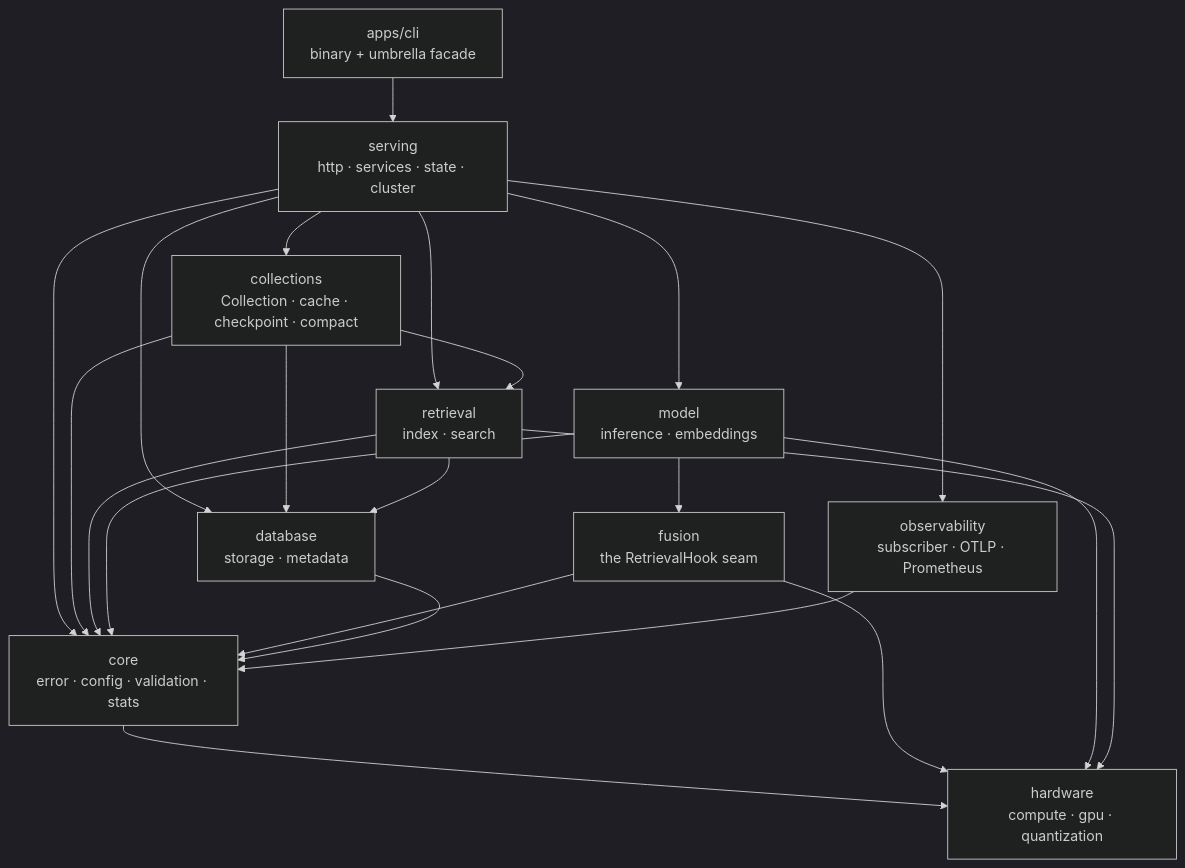
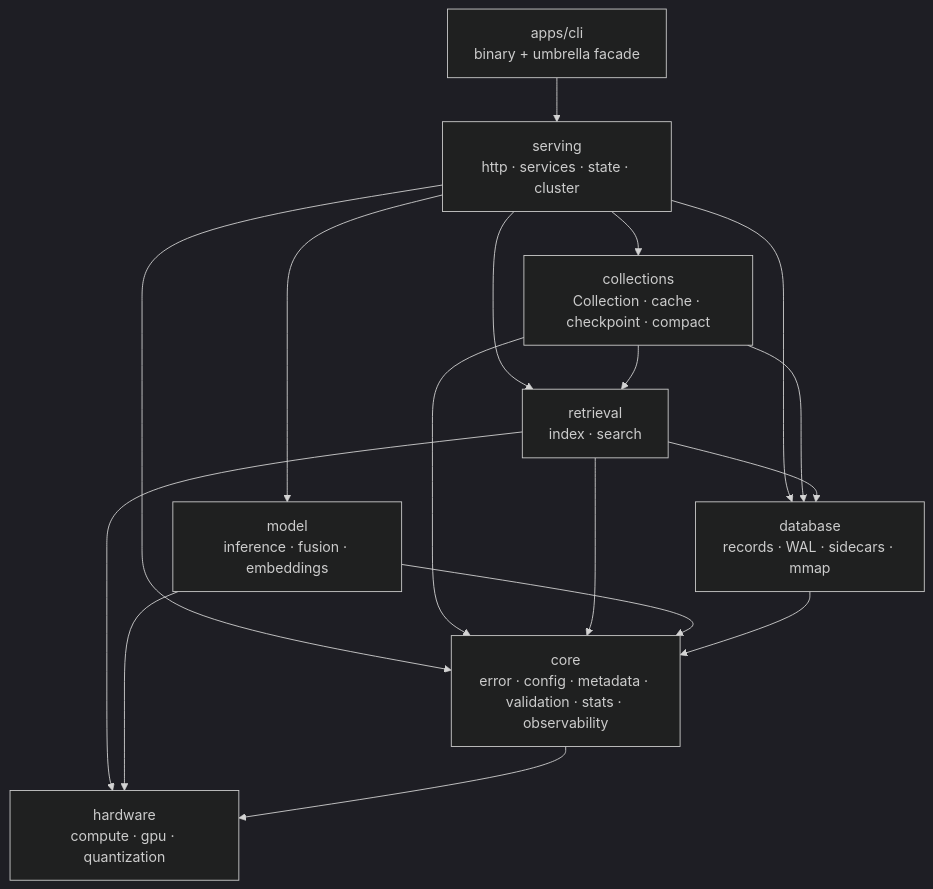
One commit to ashworks1706/Piramid changed the first of 3 diagrams in docs/ARCHITECTURE.md. Above: the diagram before and after it, drawn with Mermaid (dark theme). The commit also changed other lines of this file and 63 other files, not shown here.

First line of the commit message:
Fold fusion, observability, metadata and quantization into their owners

````diff
--- a/docs/ARCHITECTURE.md
+++ b/docs/ARCHITECTURE.md
@@ -80,35 +76,28 @@
 ```mermaid
 flowchart TD
     CLI[apps/cli<br/>binary + umbrella facade]
     Serving[serving<br/>http · services · state · cluster]
-    Model[model<br/>inference · embeddings]
-    Fusion[fusion<br/>the RetrievalHook seam]
+    Model[model<br/>inference · fusion · embeddings]
     Collections[collections<br/>Collection · cache · checkpoint · compact]
     Retrieval[retrieval<br/>index · search]
-    Database[database<br/>storage · metadata]
-    Core[core<br/>error · config · validation · stats]
-    Observability[observability<br/>subscriber · OTLP · Prometheus]
+    Database[database<br/>records · WAL · sidecars · mmap]
+    Core[core<br/>error · config · metadata · validation · stats · observability]
     Hardware[hardware<br/>compute · gpu · quantization]
 
     CLI --> Serving
     Serving --> Collections
     Serving --> Model
     Serving --> Retrieval
     Serving --> Database
-    Serving --> Observability
     Serving --> Core
     Collections --> Retrieval
     Collections --> Database
     Collections --> Core
     Retrieval --> Database
     Retrieval --> Core
-    Model --> Fusion
+    Retrieval --> Hardware
     Model --> Core
-    Fusion --> Core
+    Model --> Hardware
     Database --> Core
-    Observability --> Core
     Core --> Hardware
-    Fusion --> Hardware
-    Model --> Hardware
-    Retrieval --> Hardware
 ```
````
